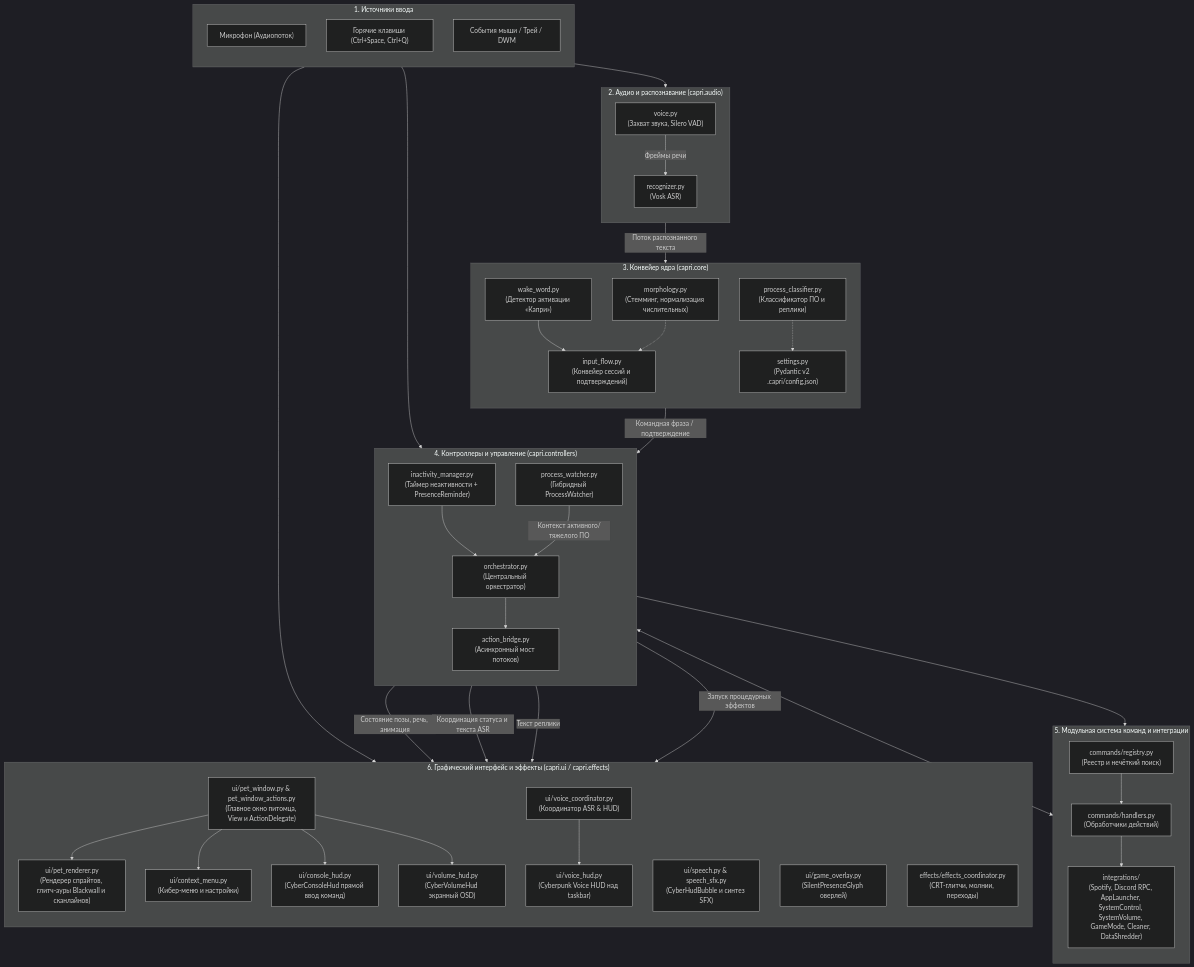
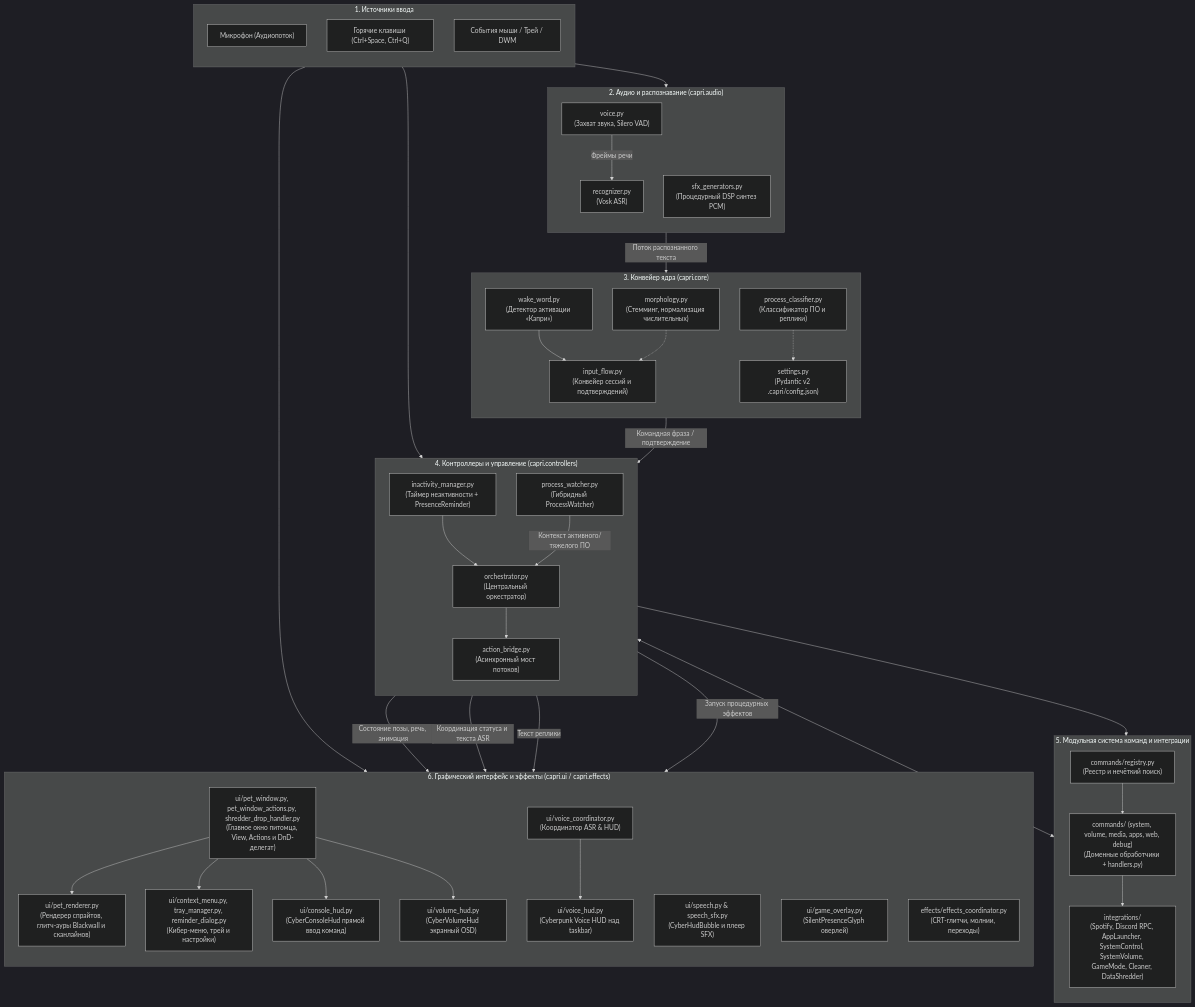
Before and after one commit to xTerionsilker/CapriPet-Python: the first of 5 diagrams in docs/architecture.md, drawn with Mermaid (dark theme). The commit also changed other lines of this file and 18 other files, not shown here.

```diff
--- a/docs/architecture.md
+++ b/docs/architecture.md
@@ -21,6 +21,7 @@
         direction TB
         Voice["voice.py<br/>(Захват звука, Silero VAD)"]
         ASR["recognizer.py<br/>(Vosk ASR)"]
+        SFXGen["sfx_generators.py<br/>(Процедурный DSP синтез PCM)"]
         Voice -->|Фреймы речи| ASR
     end
 
@@ -51,7 +52,7 @@
     subgraph CommandsSubsystem["5. Модульная система команд и интеграции"]
         direction TB
         Registry["commands/registry.py<br/>(Реестр и нечёткий поиск)"]
-        Handlers["commands/handlers.py<br/>(Обработчики действий)"]
+        Handlers["commands/ (system, volume, media, apps, web, debug)<br/>(Доменные обработчики + handlers.py)"]
         Integrations["integrations/<br/>(Spotify, Discord RPC, AppLauncher, SystemControl, SystemVolume, GameMode, Cleaner, DataShredder)"]
 
         Registry --> Handlers
@@ -61,14 +62,14 @@
     %% UI и Визуальные эффекты
     subgraph VisualPresentation["6. Графический интерфейс и эффекты (capri.ui / capri.effects)"]
         direction TB
-        PetWindow["ui/pet_window.py & pet_window_actions.py<br/>(Главное окно питомца, View и ActionDelegate)"]
+        PetWindow["ui/pet_window.py, pet_window_actions.py, shredder_drop_handler.py<br/>(Главное окно питомца, View, Actions и DnD-делегат)"]
         PetRenderer["ui/pet_renderer.py<br/>(Рендерер спрайтов, глитч-ауры Blackwall и сканлайнов)"]
-        ContextMenu["ui/context_menu.py<br/>(Кибер-меню и настройки)"]
+        ContextMenu["ui/context_menu.py, tray_manager.py, reminder_dialog.py<br/>(Кибер-меню, трей и настройки)"]
         ConsoleHUD["ui/console_hud.py<br/>(CyberConsoleHud прямой ввод команд)"]
         VoiceCoord["ui/voice_coordinator.py<br/>(Координатор ASR & HUD)"]
         VoiceHUD["ui/voice_hud.py<br/>(Cyberpunk Voice HUD над taskbar)"]
         VolumeHUD["ui/volume_hud.py<br/>(CyberVolumeHud экранный OSD)"]
-        SpeechHUD["ui/speech.py & speech_sfx.py<br/>(CyberHudBubble и синтез SFX)"]
+        SpeechHUD["ui/speech.py & speech_sfx.py<br/>(CyberHudBubble и плеер SFX)"]
         GameOverlay["ui/game_overlay.py<br/>(SilentPresenceGlyph оверлей)"]
         Effects["effects/effects_coordinator.py<br/>(CRT-глитчи, молнии, переходы)"]
 
```
